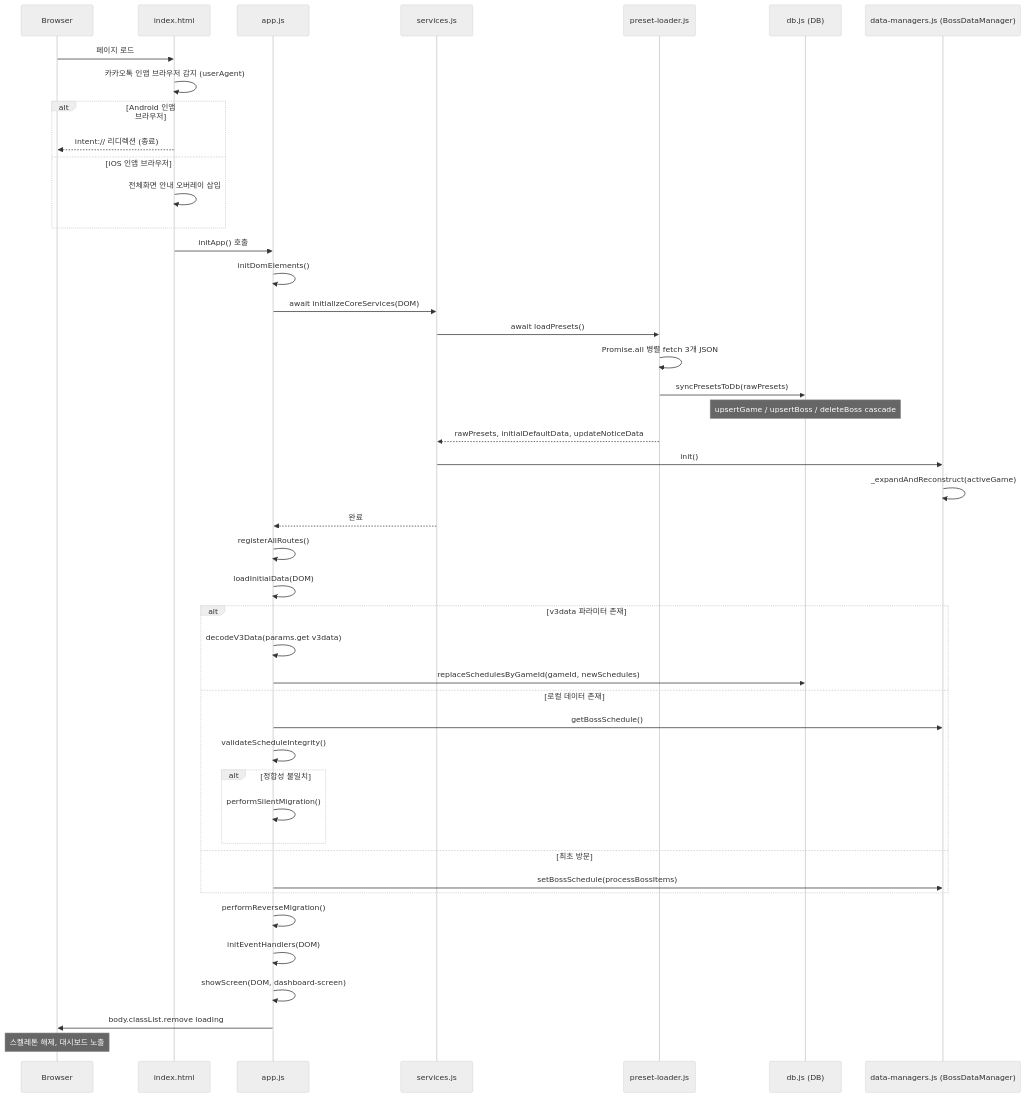
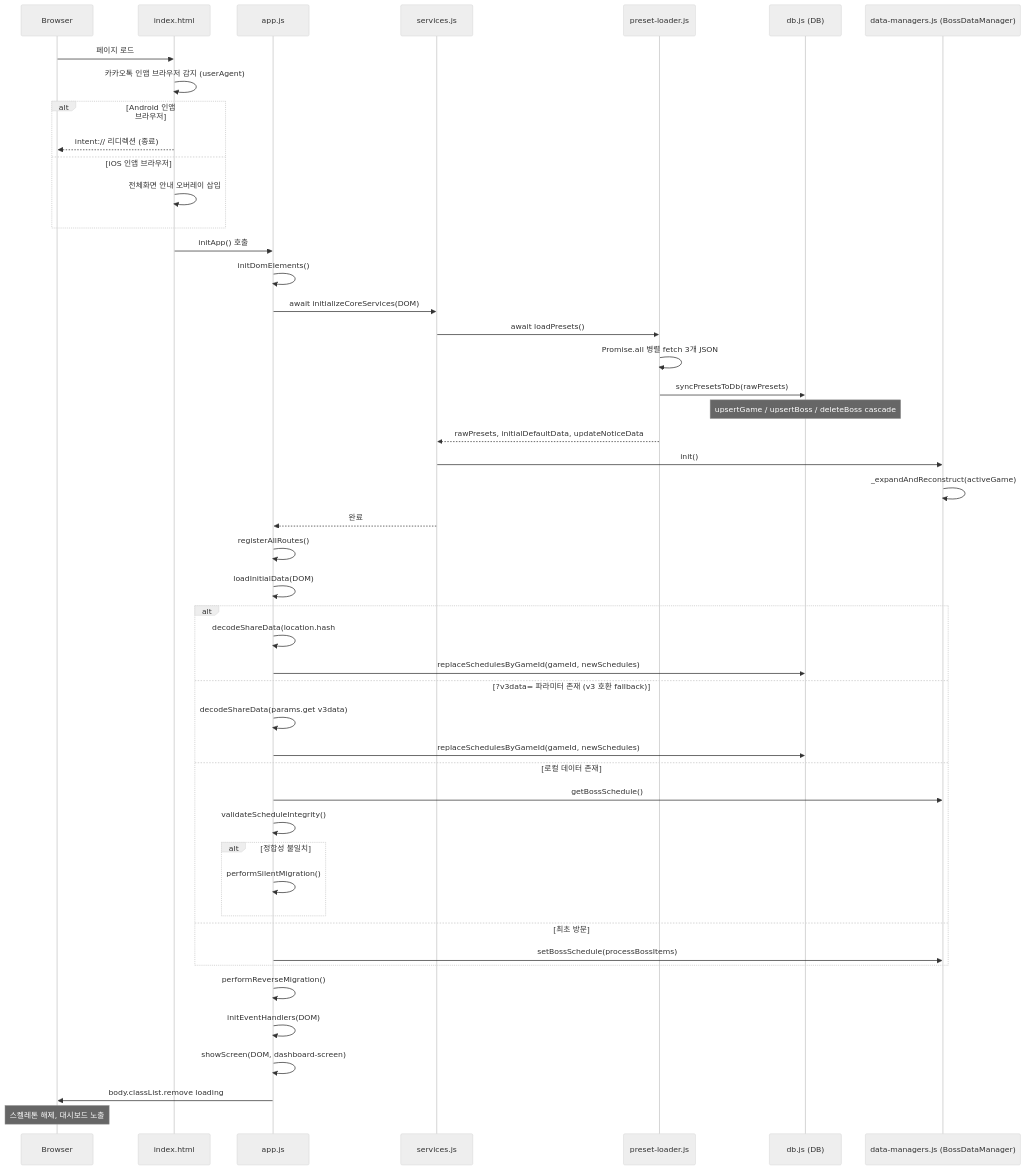
One commit to bohe76/boss-alarm changed the first of 6 diagrams in docs/architecture/sequence_diagrams.md. Above: the diagram before and after it, drawn with Mermaid (neutral theme). The commit also changed other lines of this file and 14 other files, not shown here.

First line of the commit message:
docs(share): v3.0.2 공유 URL fragment 포맷 + v4 인코딩 반영

````diff
--- a/docs/architecture/sequence_diagrams.md
+++ b/docs/architecture/sequence_diagrams.md
@@ -13,52 +13,55 @@
 ```mermaid
 sequenceDiagram
     participant Browser
     participant index.html
     participant app.js
     participant services.js
     participant preset-loader.js
     participant DB as db.js (DB)
     participant BDM as data-managers.js (BossDataManager)
 
     Browser->>index.html: 페이지 로드
     index.html->>index.html: 카카오톡 인앱 브라우저 감지 (userAgent)
     alt Android 인앱 브라우저
         index.html-->>Browser: intent:// 리디렉션 (종료)
     else iOS 인앱 브라우저
         index.html->>index.html: 전체화면 안내 오버레이 삽입
     end
 
     index.html->>app.js: initApp() 호출
     app.js->>app.js: initDomElements()
     app.js->>services.js: await initializeCoreServices(DOM)
     services.js->>preset-loader.js: await loadPresets()
     preset-loader.js->>preset-loader.js: Promise.all 병렬 fetch 3개 JSON
     preset-loader.js->>DB: syncPresetsToDb(rawPresets)
     Note over DB: upsertGame / upsertBoss / deleteBoss cascade
     preset-loader.js-->>services.js: rawPresets, initialDefaultData, updateNoticeData
     services.js->>BDM: init()
     BDM->>BDM: _expandAndReconstruct(activeGame)
     services.js-->>app.js: 완료
 
     app.js->>app.js: registerAllRoutes()
     app.js->>app.js: loadInitialData(DOM)
 
-    alt v3data 파라미터 존재
-        app.js->>app.js: decodeV3Data(params.get v3data)
+    alt #d= fragment 존재 (v4)
+        app.js->>app.js: decodeShareData(location.hash #d=)
+        app.js->>DB: replaceSchedulesByGameId(gameId, newSchedules)
+    else ?v3data= 파라미터 존재 (v3 호환 fallback)
+        app.js->>app.js: decodeShareData(params.get v3data)
         app.js->>DB: replaceSchedulesByGameId(gameId, newSchedules)
     else 로컬 데이터 존재
         app.js->>BDM: getBossSchedule()
         app.js->>app.js: validateScheduleIntegrity()
         alt 정합성 불일치
             app.js->>app.js: performSilentMigration()
         end
     else 최초 방문
         app.js->>BDM: setBossSchedule(processBossItems)
     end
 
     app.js->>app.js: performReverseMigration()
     app.js->>app.js: initEventHandlers(DOM)
     app.js->>app.js: showScreen(DOM, dashboard-screen)
     app.js->>Browser: body.classList.remove loading
     Note over Browser: 스켈레톤 해제, 대시보드 노출
 ```
````
